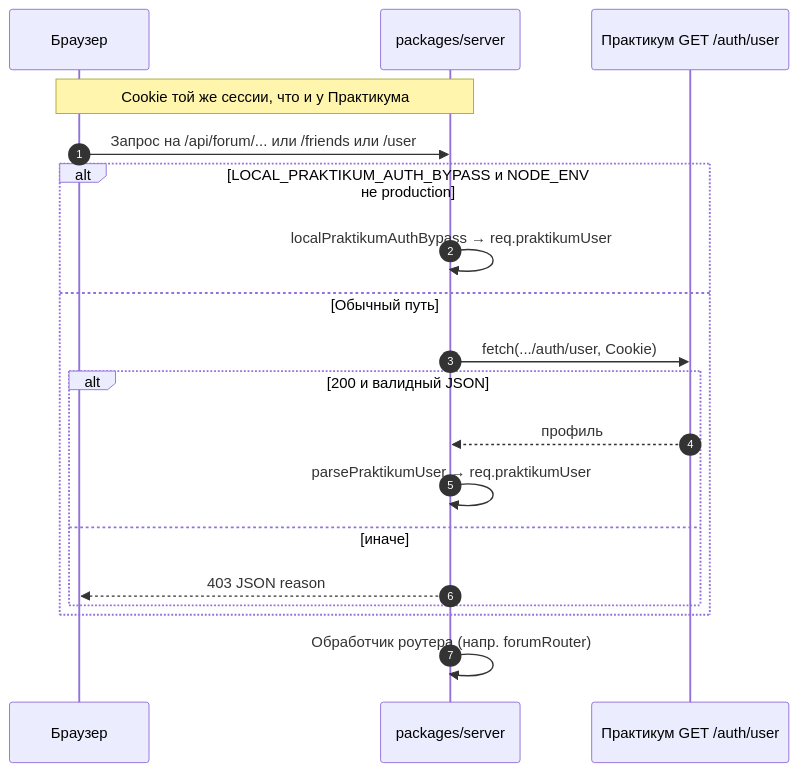
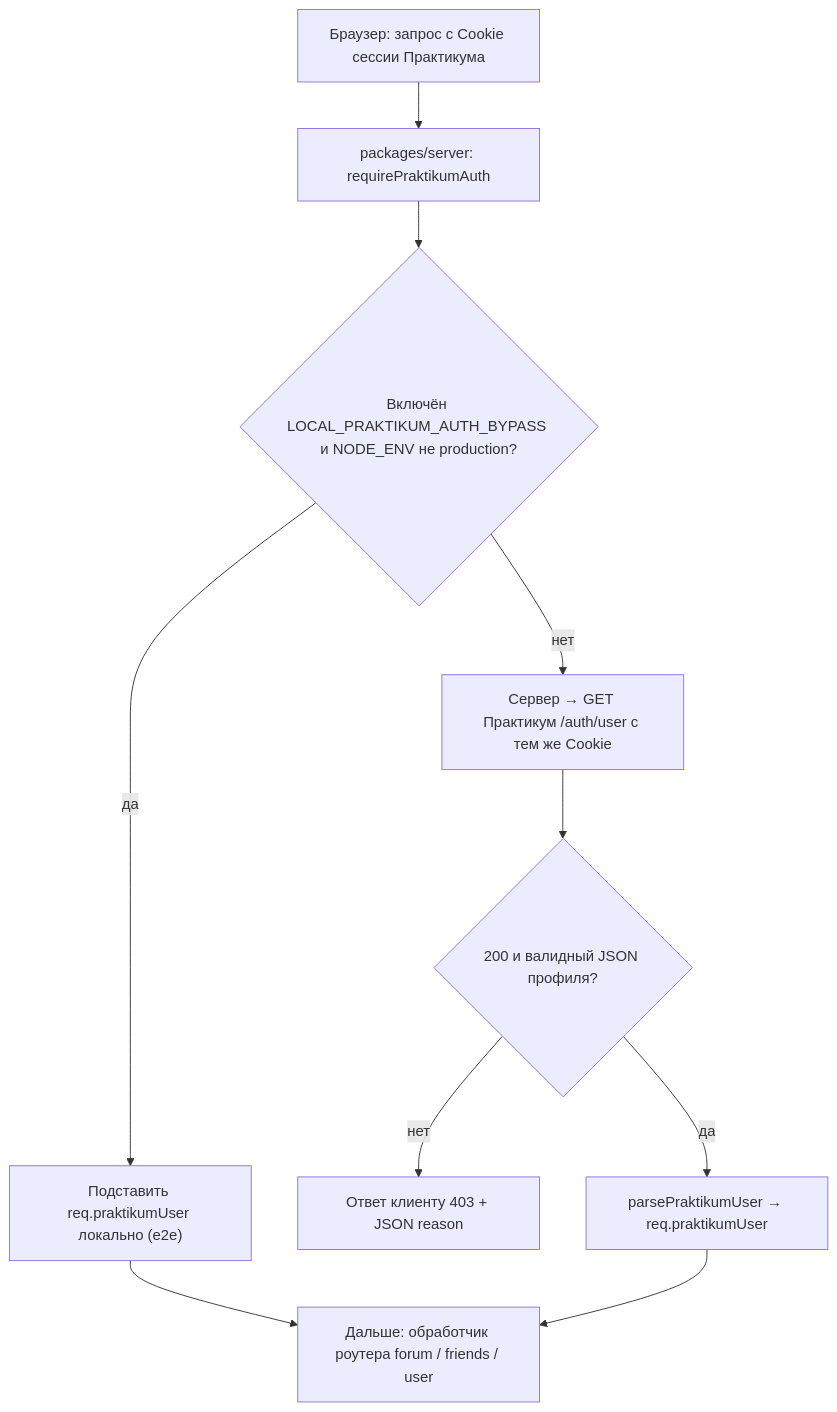
One commit to kirillchistov/42-gamedev-teamwork changed the first of 2 diagrams in docs/project-structure.md. Above: the diagram before and after it, drawn with Mermaid. The commit also changed other lines of this file and 1 other file, not shown here.

Commit message:
8.2 fix diagrams and links in docs

````diff
--- a/docs/project-structure.md
+++ b/docs/project-structure.md
@@ -36,21 +44,13 @@
 ```mermaid
-sequenceDiagram
-  autonumber
-  participant B as Браузер
-  participant S as packages/server
-  participant P as Практикум GET /auth/user
-  Note over B,S: Cookie той же сессии, что и у Практикума
-  B->>S: Запрос на /api/forum/... или /friends или /user
-  alt LOCAL_PRAKTIKUM_AUTH_BYPASS и NODE_ENV не production
-    S->>S: localPraktikumAuthBypass → req.praktikumUser
-  else Обычный путь
-    S->>P: fetch(.../auth/user, Cookie)
-    alt 200 и валидный JSON
-      P-->>S: профиль
-      S->>S: parsePraktikumUser → req.praktikumUser
-    else иначе
-      S-->>B: 403 JSON reason
-    end
-  end
-  S->>S: Обработчик роутера (напр. forumRouter)
+flowchart TB
+  B["Браузер: запрос с Cookie сессии Практикума"]
+  B --> S["packages/server: requirePraktikumAuth"]
+  S --> Q{"Включён LOCAL_PRAKTIKUM_AUTH_BYPASS и NODE_ENV не production?"}
+  Q -->|да| L["Подставить req.praktikumUser локально (e2e)"]
+  Q -->|нет| F["Сервер → GET Практикум /auth/user с тем же Cookie"]
+  F --> H{"200 и валидный JSON профиля?"}
+  H -->|нет| E["Ответ клиенту 403 + JSON reason"]
+  H -->|да| P["parsePraktikumUser → req.praktikumUser"]
+  L --> R["Дальше: обработчик роутера forum / friends / user"]
+  P --> R
 ```
````
